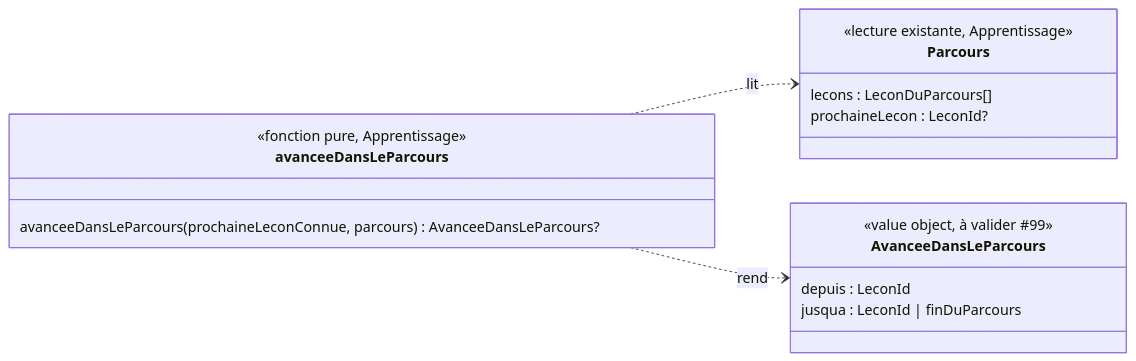
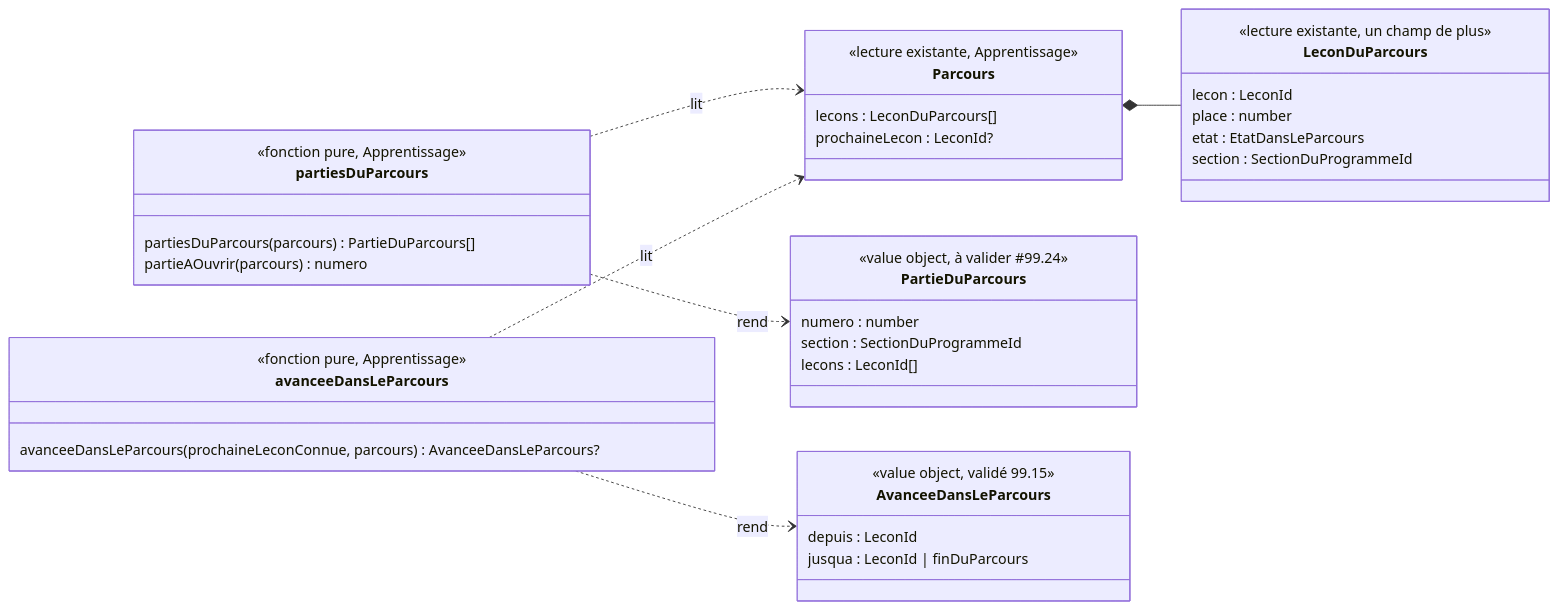
The diagram in docs/stories/99/domain-model.md (SBA-dev/github-move), drawn with Mermaid before and after one commit. The commit also changed other lines of this file and 1 other file, not shown here.

First line of the commit message:
docs(#99): modèle repris après les réponses du PO (parties du parcours, carte au trésor)

````diff
--- a/docs/stories/99/domain-model.md
+++ b/docs/stories/99/domain-model.md
@@ -74,20 +114,41 @@
 ```mermaid
 classDiagram
   direction LR
   class Parcours {
     <<lecture existante, Apprentissage>>
     lecons : LeconDuParcours[]
     prochaineLecon : LeconId?
   }
+  class LeconDuParcours {
+    <<lecture existante, un champ de plus>>
+    lecon : LeconId
+    place : number
+    etat : EtatDansLeParcours
+    section : SectionDuProgrammeId
+  }
+  class PartieDuParcours {
+    <<value object, à valider #99.24>>
+    numero : number
+    section : SectionDuProgrammeId
+    lecons : LeconId[]
+  }
   class AvanceeDansLeParcours {
-    <<value object, à valider #99>>
+    <<value object, validé 99.15>>
     depuis : LeconId
     jusqua : LeconId | finDuParcours
+  }
+  class partiesDuParcours {
+    <<fonction pure, Apprentissage>>
+    partiesDuParcours(parcours) PartieDuParcours[]
+    partieAOuvrir(parcours) numero
   }
   class avanceeDansLeParcours {
     <<fonction pure, Apprentissage>>
     avanceeDansLeParcours(prochaineLeconConnue, parcours) AvanceeDansLeParcours?
   }
+  Parcours *-- LeconDuParcours
+  partiesDuParcours ..> Parcours : lit
+  partiesDuParcours ..> PartieDuParcours : rend
   avanceeDansLeParcours ..> Parcours : lit
   avanceeDansLeParcours ..> AvanceeDansLeParcours : rend
 ```
````
